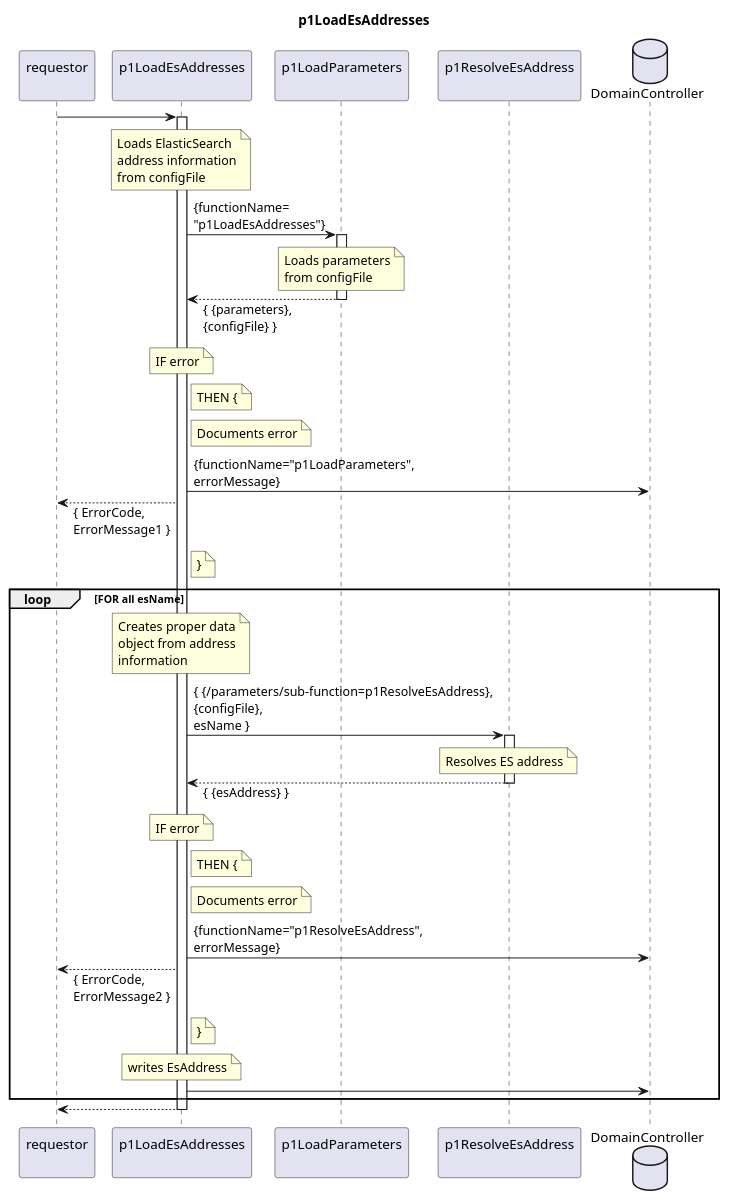
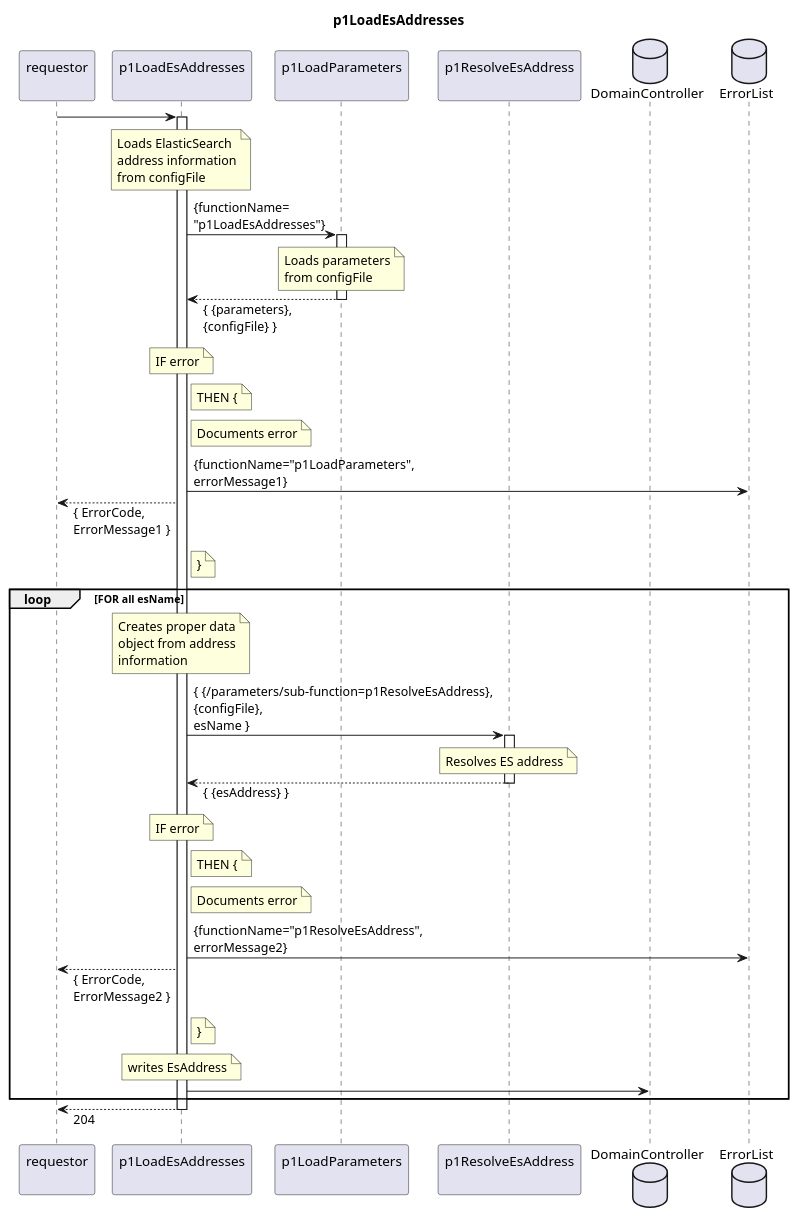
One commit to openBackhaul/FirmWareManager changed the diagram in spec/Functions/Administrative/p1LoadEsAddresses/1.0.0/p1LoadEsAddresses.plantuml. Above: the diagram before and after it, drawn with PlantUML. The commit also changed 14 other files, not shown here.

Commit message:
Finalize sequence in p1LoadEsAddresses

```diff
--- a/spec/Functions/Administrative/p1LoadEsAddresses/1.0.0/p1LoadEsAddresses.plantuml
+++ b/spec/Functions/Administrative/p1LoadEsAddresses/1.0.0/p1LoadEsAddresses.plantuml
@@ -1,80 +1,81 @@
 @startuml p1LoadEsAddresses
 skinparam responseMessageBelowArrow true
 
 title
   p1LoadEsAddresses
 end title
 
 participant "requestor\n" as requestor
 participant "p1LoadEsAddresses\n" as p1LEA
 participant "p1LoadParameters\n" as p1LP
 participant "p1ResolveEsAddress\n" as p1REA
 database "DomainController" as DC
+database "ErrorList" as hEL
 
 requestor -> p1LEA
 activate p1LEA
   note over p1LEA
     Loads ElasticSearch
     address information
     from configFile
   end note
   p1LEA -> p1LP: {functionName=\n"p1LoadEsAddresses"}
   activate p1LP
     note over p1LP
       Loads parameters
       from configFile
     end note
   p1LEA <-- p1LP: { {parameters},\n{configFile} }
   deactivate p1LP
   note over p1LEA
     IF error
   end note
   note right p1LEA
     THEN {
   end note
   note right p1LEA
     Documents error
   end note
-  p1LEA -> DC: {functionName="p1LoadParameters",\nerrorMessage}
+  p1LEA -> hEL: {functionName="p1LoadParameters",\nerrorMessage1}
   requestor <-- p1LEA: { ErrorCode,\nErrorMessage1 }
   note right p1LEA
     }
   end note
 
   loop FOR all esName
     note over p1LEA
       Creates proper data
       object from address
       information
     end note
     p1LEA -> p1REA: { {/parameters/sub-function=p1ResolveEsAddress},\n{configFile},\nesName }
     activate p1REA
       note over p1REA
         Resolves ES address
       end note
     p1LEA <-- p1REA: { {esAddress} }
     deactivate p1REA
     note over p1LEA
       IF error
     end note
     note right p1LEA
       THEN {
     end note
     note right p1LEA
       Documents error
     end note
-    p1LEA -> DC: {functionName="p1ResolveEsAddress",\nerrorMessage}
+    p1LEA -> hEL: {functionName="p1ResolveEsAddress",\nerrorMessage2}
     requestor <-- p1LEA: { ErrorCode,\nErrorMessage2 }
     note right p1LEA
       }
     end note
 
     note over p1LEA
       writes EsAddress
     end note
     p1LEA -> DC
   end loop
-requestor <-- p1LEA
+requestor <-- p1LEA: 204
 deactivate p1LEA
 
 @enduml
```
